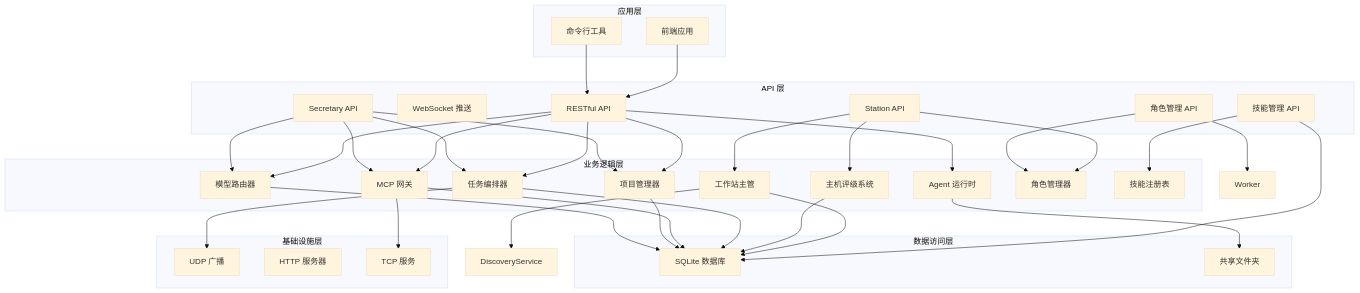
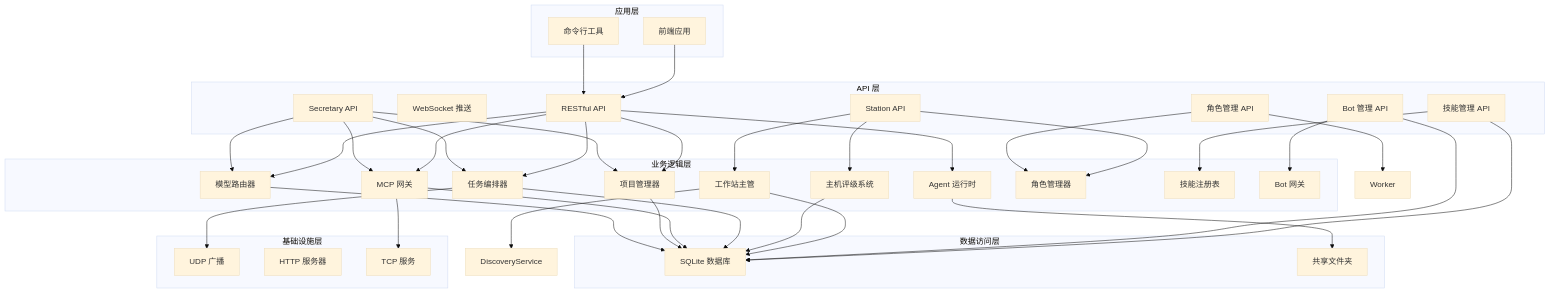
One commit to targalian/Personal-distributed-workstation changed the second of 5 diagrams in .qoder/repowiki/zh/content/Web API 接口/Web API 接口.md. Above: the diagram before and after it, drawn with Mermaid (base theme). The commit also changed other lines of this file and 85 other files, not shown here.

````diff
--- a/.qoder/repowiki/zh/content/Web API 接口/Web API 接口.md
+++ b/.qoder/repowiki/zh/content/Web API 接口/Web API 接口.md
@@ -216,63 +235,67 @@
 ```mermaid
 graph TB
 subgraph "应用层"
 Frontend[前端应用]
 CLI[命令行工具]
 end
 subgraph "API 层"
 REST[RESTful API]
 WebSocket[WebSocket 推送]
 StationAPI[Station API]
 SecretaryAPI[Secretary API]
 SkillAPI[技能管理 API]
+BotAPI[Bot 管理 API]
 RoleAPI[角色管理 API]
 end
 subgraph "业务逻辑层"
 Orchestrator[任务编排器]
 MCPGateway[MCP 网关]
 AgentRuntime[Agent 运行时]
 ProjectManager[项目管理器]
 ModelRouter[模型路由器]
 StationDirector[工作站主管]
 HostRating[主机评级系统]
 RoleManager[角色管理器]
 SkillRegistry[技能注册表]
+BotGateway[Bot 网关]
 end
 subgraph "数据访问层"
 Database[SQLite 数据库]
 SharedFolder[共享文件夹]
 end
 subgraph "基础设施层"
 UDP[UDP 广播]
 HTTP[HTTP 服务器]
 TCP[TCP 服务]
 end
 Frontend --> REST
 CLI --> REST
 REST --> Orchestrator
 REST --> MCPGateway
 REST --> AgentRuntime
 REST --> ProjectManager
 REST --> ModelRouter
 StationAPI --> StationDirector
 StationAPI --> RoleManager
 StationAPI --> HostRating
 SkillAPI --> SkillRegistry
 SkillAPI --> Database
 SecretaryAPI --> ProjectManager
 SecretaryAPI --> Orchestrator
 SecretaryAPI --> ModelRouter
 SecretaryAPI --> MCPGateway
+BotAPI --> BotGateway
+BotAPI --> Database
 RoleAPI --> RoleManager
 RoleAPI --> Worker
 StationDirector --> Database
 StationDirector --> DiscoveryService
 HostRating --> Database
 Orchestrator --> Database
 MCPGateway --> Database
 AgentRuntime --> SharedFolder
 ProjectManager --> Database
 ModelRouter --> Database
 Orchestrator --> UDP
 MCPGateway --> TCP
 ```
````
